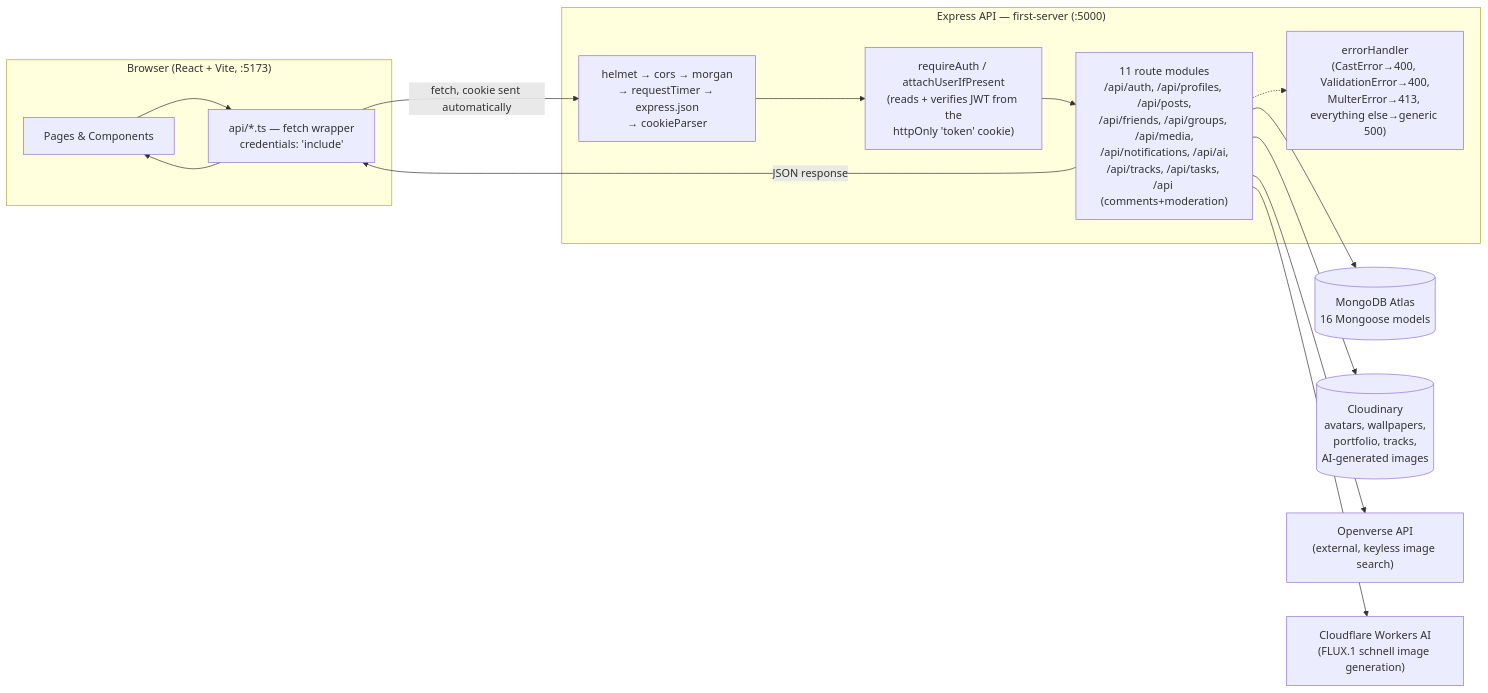
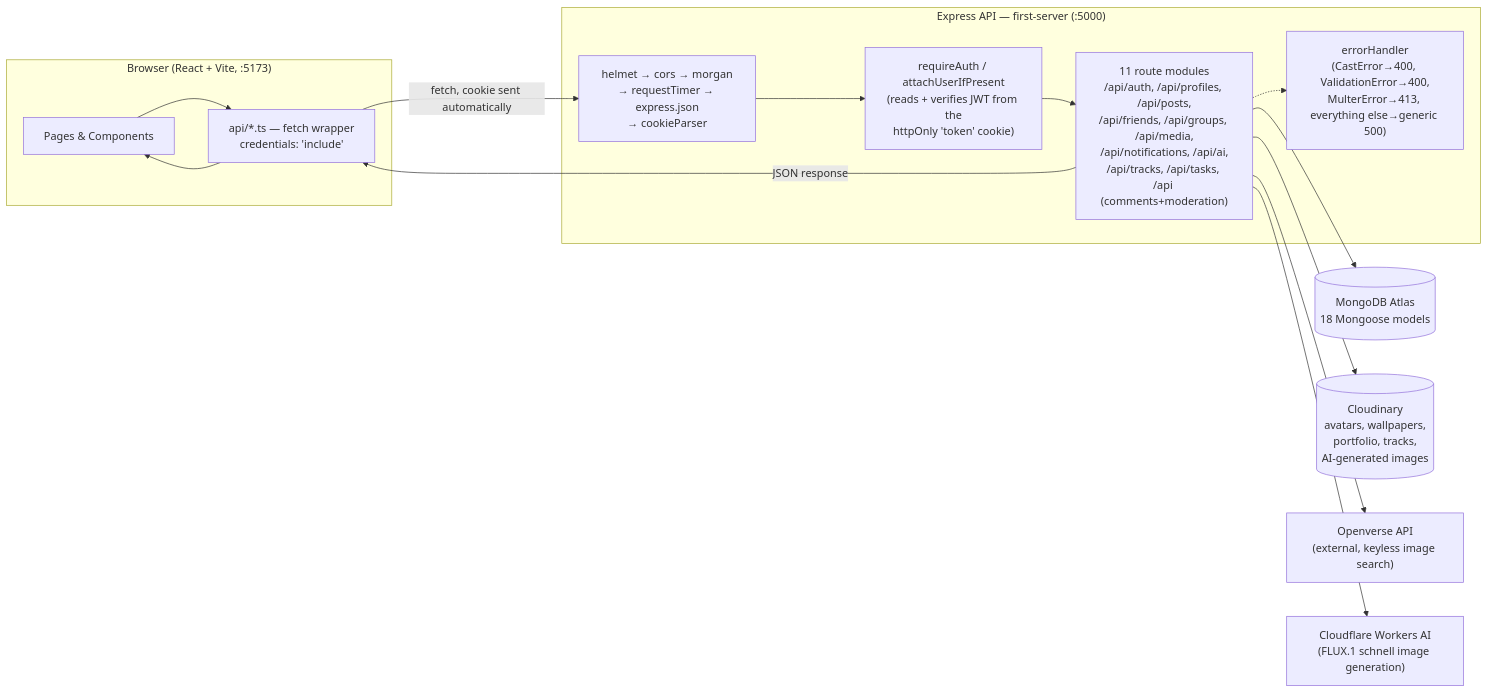
One commit to OttoNyne/CreativesSelect changed the diagram in docs/ARCHITECTURE.md. Above: the diagram before and after it, drawn with Mermaid. The commit also changed other lines of this file and 3 other files, not shown here.

````diff
--- a/docs/ARCHITECTURE.md
+++ b/docs/ARCHITECTURE.md
@@ -39,30 +39,30 @@
 ```mermaid
 flowchart LR
     subgraph Browser["Browser (React + Vite, :5173)"]
         UI["Pages & Components"]
         APIClient["api/*.ts — fetch wrapper\ncredentials: 'include'"]
     end
 
     subgraph Server["Express API — first-server (:5000)"]
         MW["helmet → cors → morgan\n→ requestTimer → express.json\n→ cookieParser"]
         Routes["11 route modules\n/api/auth, /api/profiles, /api/posts,\n/api/friends, /api/groups, /api/media,\n/api/notifications, /api/ai,\n/api/tracks, /api/tasks, /api (comments+moderation)"]
         Auth["requireAuth / attachUserIfPresent\n(reads + verifies JWT from the\nhttpOnly 'token' cookie)"]
         ErrH["errorHandler\n(CastError→400, ValidationError→400,\nMulterError→413, everything else→generic 500)"]
     end
 
-    DB[("MongoDB Atlas\n16 Mongoose models")]
+    DB[("MongoDB Atlas\n18 Mongoose models")]
     Cloudinary[("Cloudinary\navatars, wallpapers,\nportfolio, tracks,\nAI-generated images")]
     Openverse["Openverse API\n(external, keyless image search)"]
     CFAI["Cloudflare Workers AI\n(FLUX.1 schnell image generation)"]
 
     UI --> APIClient
     APIClient -- "fetch, cookie sent automatically" --> MW
     MW --> Auth --> Routes
     Routes --> DB
     Routes --> Cloudinary
     Routes --> Openverse
     Routes --> CFAI
     Routes -.-> ErrH
     Routes -- "JSON response" --> APIClient
     APIClient --> UI
 ```
````
